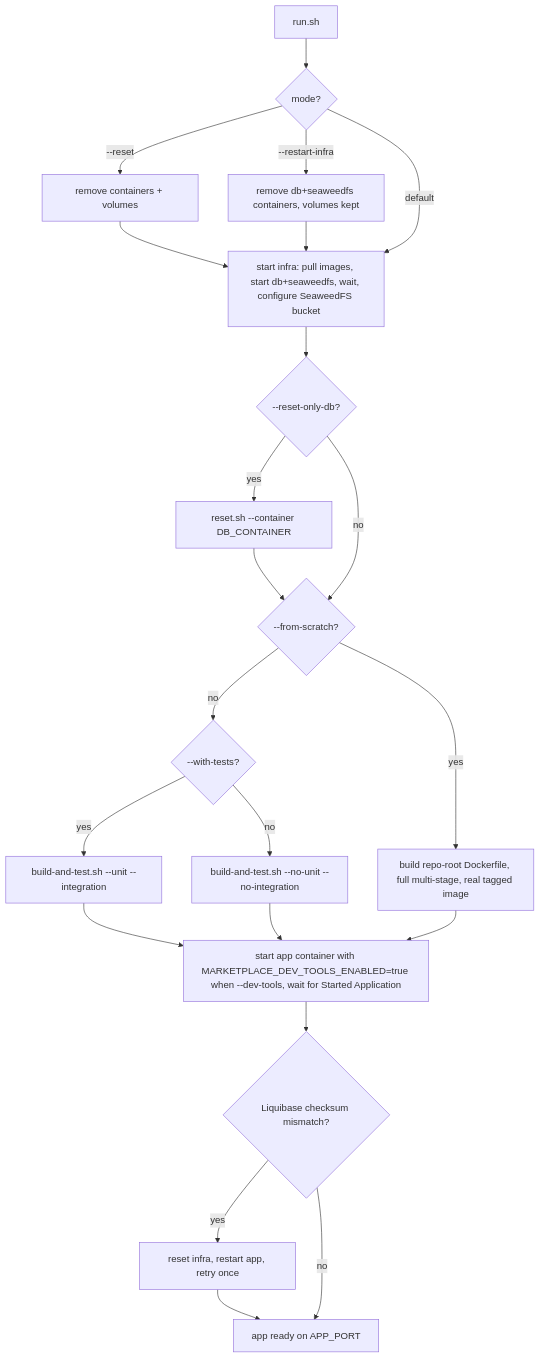
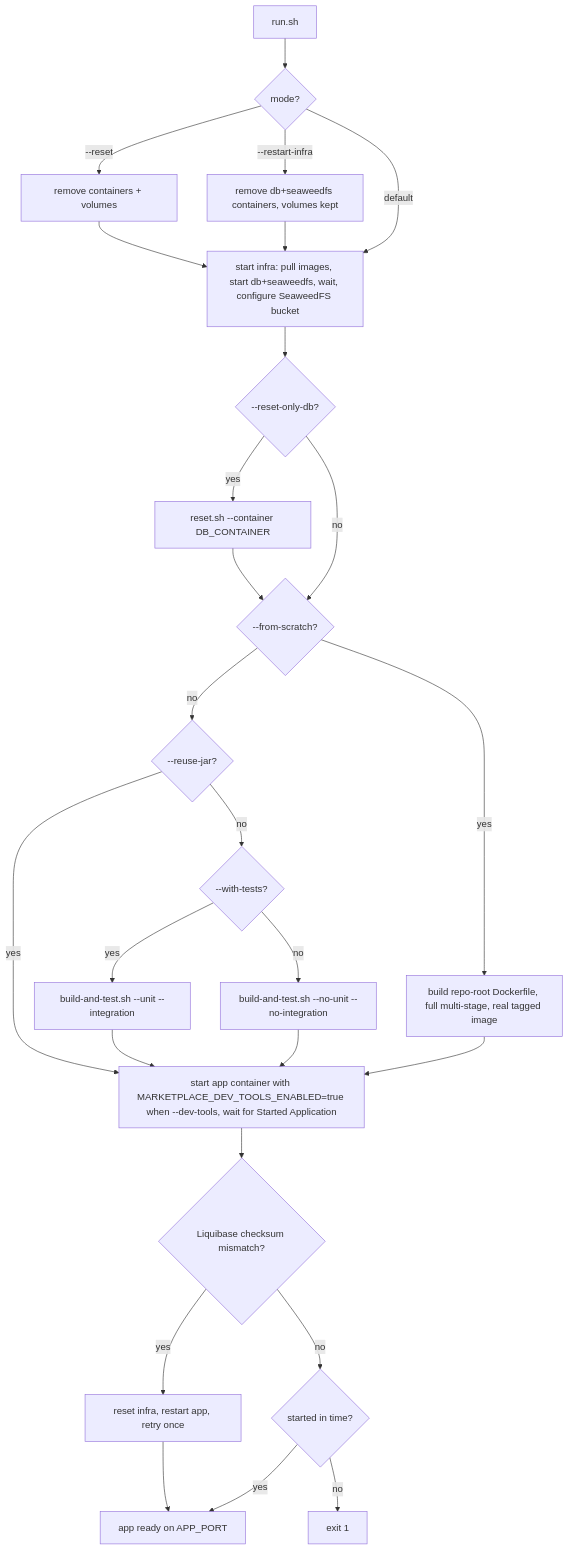
Before and after one commit to OstMutant/Advertisement: the first of 2 diagrams in scripts/deploy-and-run/README.md, drawn with Mermaid. The commit also changed 26 other files, not shown here.

First line of the commit message:
feat(improvement-222): the architecture map no longer uses Mermaid, its diagrams and the text around them follow the code, the task is closed

````diff
--- a/scripts/deploy-and-run/README.md
+++ b/scripts/deploy-and-run/README.md
@@ -23,18 +23,22 @@
 ```mermaid
 flowchart TD
     A[run.sh] --> B{mode?}
     B -->|--reset| B1[remove containers + volumes] --> C
     B -->|--restart-infra| B2[remove db+seaweedfs containers, volumes kept] --> C
     B -->|default| C[start infra: pull images, start db+seaweedfs, wait, configure SeaweedFS bucket]
     C --> D{--reset-only-db?}
     D -->|yes| D1[reset.sh --container DB_CONTAINER] --> E
     D -->|no| E{--from-scratch?}
-    E -->|no| E2{--with-tests?}
+    E -->|no| E3{--reuse-jar?}
+    E3 -->|yes| G
+    E3 -->|no| E2{--with-tests?}
     E2 -->|yes| E1a[build-and-test.sh --unit --integration] --> G
     E2 -->|no| E1b[build-and-test.sh --no-unit --no-integration] --> G
     E -->|yes| F2[build repo-root Dockerfile, full multi-stage, real tagged image] --> G
     G[start app container with MARKETPLACE_DEV_TOOLS_ENABLED=true when --dev-tools, wait for Started Application]
     G --> H{Liquibase checksum mismatch?}
     H -->|yes| H1[reset infra, restart app, retry once] --> I[app ready on APP_PORT]
-    H -->|no| I
+    H -->|no| H2{started in time?}
+    H2 -->|yes| I
+    H2 -->|no| Z[exit 1]
 ```
````
